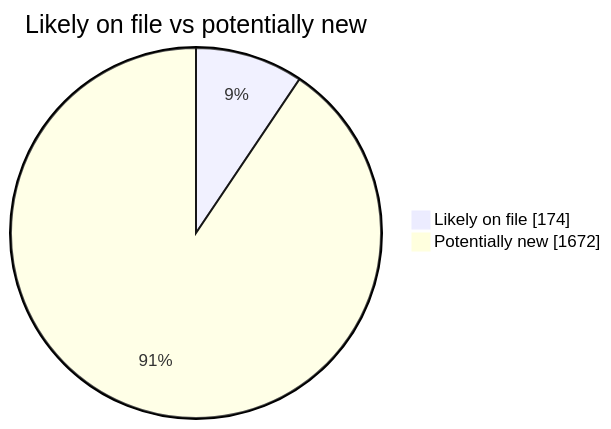
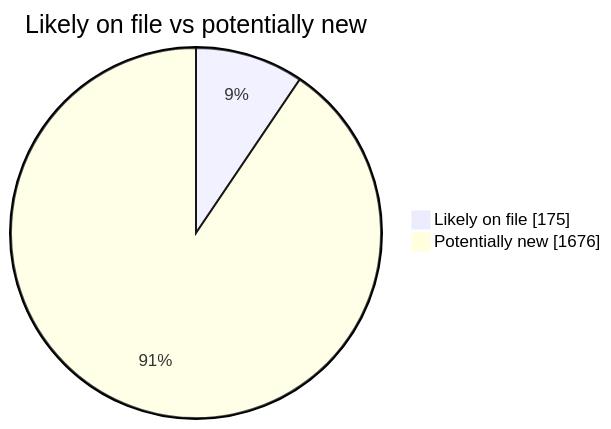
One commit to martinbalfanz/social-scanner-reports changed the second of 4 diagrams in README.md. Above: the diagram before and after it, drawn with Mermaid. The commit also changed other lines of this file and 4 other files, not shown here.

````diff
--- a/README.md
+++ b/README.md
@@ -40,5 +40,5 @@
 ```mermaid
 pie showData title Likely on file vs potentially new
-    "Likely on file" : 174
-    "Potentially new" : 1672
+    "Likely on file" : 175
+    "Potentially new" : 1676
 ```
````
